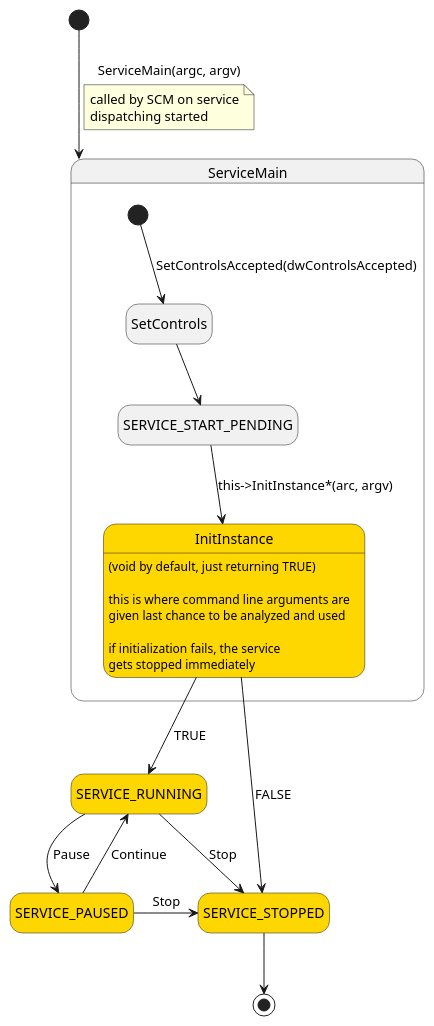
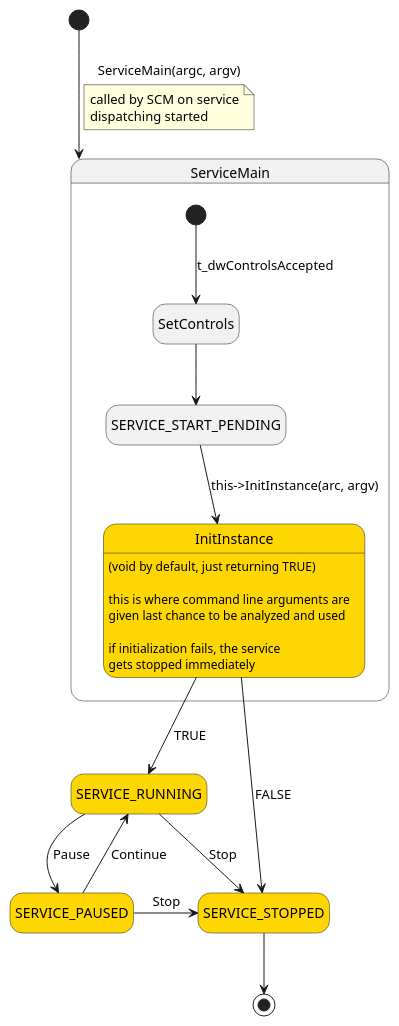
Before and after one commit to ivartanov/sfl2: the diagram in doc/diagrams/svcLifeCycle.puml, drawn with PlantUML. The commit also changed 3 other files, not shown here.

Commit message:
[doc][SflBase] fix svc diagram labels; fix indentation, get rid of tabs, clean up trailing spaces

```diff
--- a/doc/diagrams/svcLifeCycle.puml
+++ b/doc/diagrams/svcLifeCycle.puml
@@ -1,38 +1,38 @@
 @startuml ../images/svcLifeCycle
 
 hide empty description
 
 [*] --> ServiceMain : ServiceMain(argc, argv)
 
 note on link
   called by SCM on service
   dispatching started
 end note
 
 state ServiceMain {
 
-  [*] --> SetControls : SetControlsAccepted(dwControlsAccepted)
+  [*] --> SetControls : t_dwControlsAccepted
   SetControls --> SERVICE_START_PENDING
-  SERVICE_START_PENDING --> InitInstance: this->InitInstance*(arc, argv)
+  SERVICE_START_PENDING --> InitInstance: this->InitInstance(arc, argv)
   state InitInstance #gold
 }
 
 InitInstance --> SERVICE_RUNNING : TRUE
 InitInstance : (void by default, just returning TRUE)\n
 InitInstance : this is where command line arguments are
 InitInstance : given last chance to be analyzed and used\n
 InitInstance : if initialization fails, the service
 InitInstance : gets stopped immediately
 
 InitInstance --> SERVICE_STOPPED : FALSE
 SERVICE_STOPPED --> [*]
 SERVICE_RUNNING -> SERVICE_STOPPED : Stop
 SERVICE_RUNNING --> SERVICE_PAUSED : Pause
 SERVICE_PAUSED --> SERVICE_RUNNING : Continue
 SERVICE_PAUSED -> SERVICE_STOPPED : Stop
 
 state SERVICE_RUNNING #gold
 state SERVICE_PAUSED  #gold
 state SERVICE_STOPPED #gold
 
 @enduml
```
